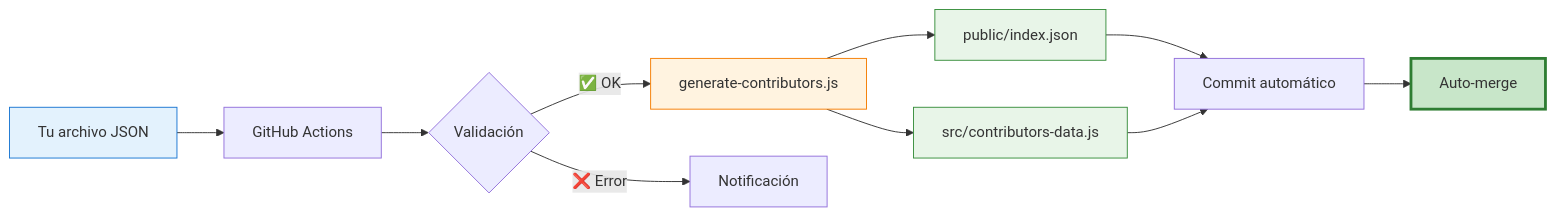
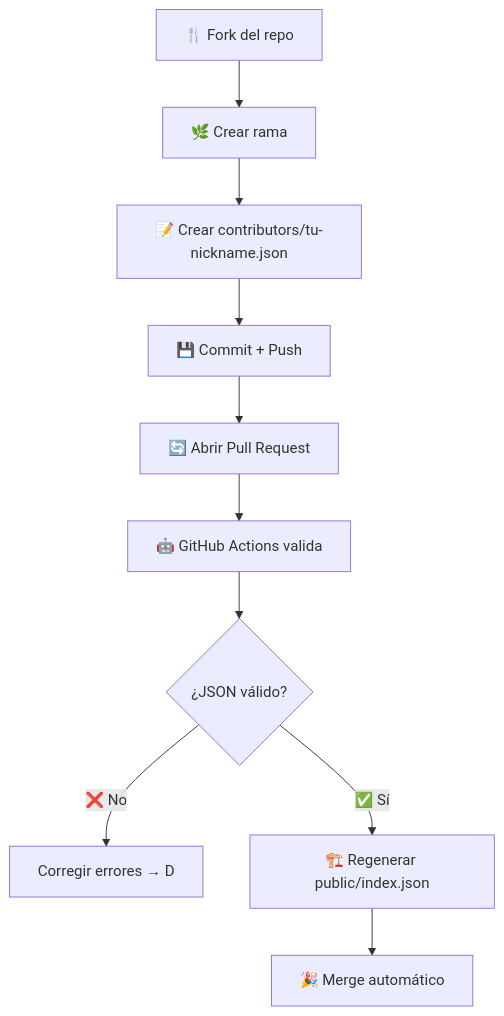
One commit to Dav082004/IEEE-CS-UNAP-Workshop changed the diagram in README.md. Above: the diagram before and after it, drawn with Mermaid. The commit also changed other lines of this file and 7 other files, not shown here.

````diff
--- a/README.md
+++ b/README.md
@@ -279,18 +15,12 @@
 ```mermaid
-flowchart LR
-    A[Tu archivo JSON] --> B[GitHub Actions]
-    B --> C{Validación}
-    C -->|✅ OK| D[generate-contributors.js]
-    C -->|❌ Error| E[Notificación]
-    D --> F[public/index.json]
-    D --> G[src/contributors-data.js]
-    F --> H[Commit automático]
-    G --> H
-    H --> I[Auto-merge]
-    
-    style A fill:#e3f2fd,stroke:#1976d2
-    style D fill:#fff3e0,stroke:#f57c00
-    style F fill:#e8f5e8,stroke:#388e3c
-    style G fill:#e8f5e8,stroke:#388e3c
-    style I fill:#c8e6c9,stroke:#2e7d32,stroke-width:3px
+flowchart TD
+    A[🍴 Fork del repo] --> B[🌿 Crear rama]
+    B --> C[📝 Crear contributors/tu-nickname.json]
+    C --> D[💾 Commit + Push]
+    D --> E[🔄 Abrir Pull Request]
+    E --> F[🤖 GitHub Actions valida]
+    F --> G{¿JSON válido?}
+    G -->|❌ No| H[Corregir errores → D]
+    G -->|✅ Sí| I[🏗️ Regenerar public/index.json]
+    I --> J[🎉 Merge automático]
 ```
````
